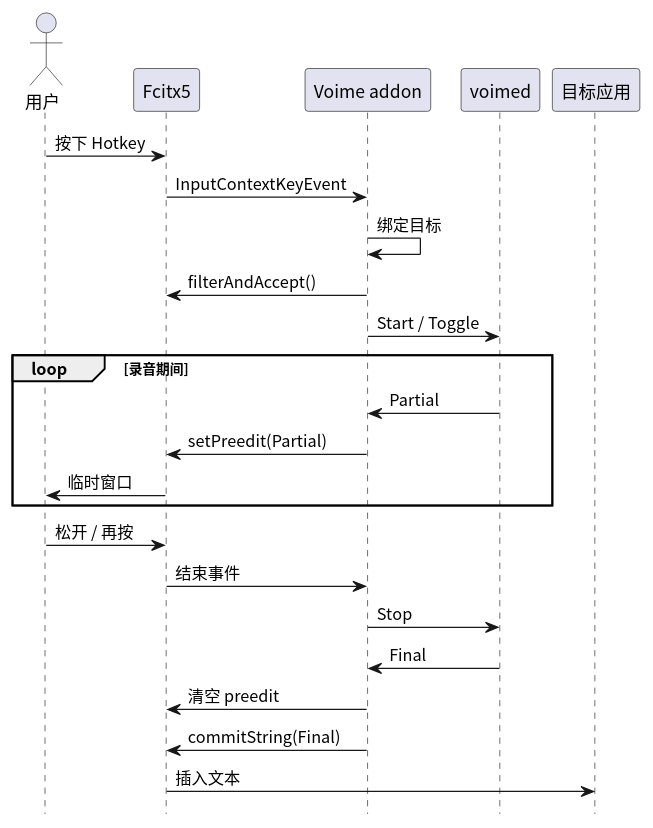
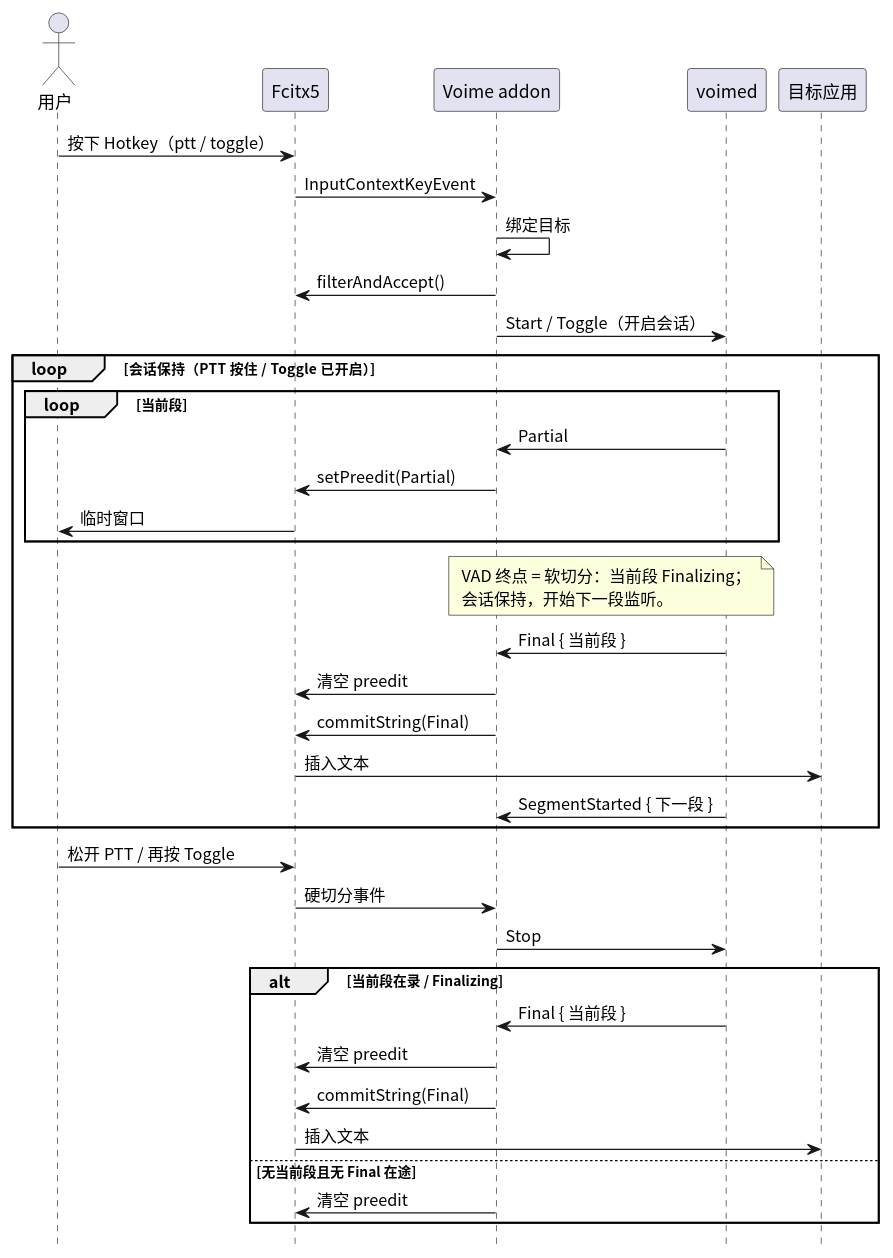
One commit to 54m43lJ/voime changed the diagram in frontends/fcitx/diagram/ptt-toggle.puml. Above: the diagram before and after it, drawn with PlantUML. The commit also changed 39 other files, not shown here.

```diff
--- a/frontends/fcitx/diagram/ptt-toggle.puml
+++ b/frontends/fcitx/diagram/ptt-toggle.puml
@@ -1,31 +1,49 @@
 @startuml
 skinparam defaultFontName "Noto Sans CJK SC"
 skinparam shadowing false
 hide footbox
 
 actor "用户" as User
 participant "Fcitx5" as Fcitx
 participant "Voime addon" as Addon
 participant "voimed" as Daemon
 participant "目标应用" as App
 
-User -> Fcitx : 按下 Hotkey
+User -> Fcitx : 按下 Hotkey（ptt / toggle）
 Fcitx -> Addon : InputContextKeyEvent
 Addon -> Addon : 绑定目标
 Addon -> Fcitx : filterAndAccept()
-Addon -> Daemon : Start / Toggle
+Addon -> Daemon : Start / Toggle（开启会话）
 
-loop 录音期间
-  Daemon -> Addon : Partial
-  Addon -> Fcitx : setPreedit(Partial)
-  Fcitx -> User : 临时窗口
+loop 会话保持（PTT 按住 / Toggle 已开启）
+  loop 当前段
+    Daemon -> Addon : Partial
+    Addon -> Fcitx : setPreedit(Partial)
+    Fcitx -> User : 临时窗口
+  end
+
+  note over Addon, Daemon
+    VAD 终点 = 软切分：当前段 Finalizing；
+    会话保持，开始下一段监听。
+  end note
+
+  Daemon -> Addon : Final { 当前段 }
+  Addon -> Fcitx : 清空 preedit
+  Addon -> Fcitx : commitString(Final)
+  Fcitx -> App : 插入文本
+  Daemon -> Addon : SegmentStarted { 下一段 }
 end
 
-User -> Fcitx : 松开 / 再按
-Fcitx -> Addon : 结束事件
+User -> Fcitx : 松开 PTT / 再按 Toggle
+Fcitx -> Addon : 硬切分事件
 Addon -> Daemon : Stop
-Daemon -> Addon : Final
-Addon -> Fcitx : 清空 preedit
-Addon -> Fcitx : commitString(Final)
-Fcitx -> App : 插入文本
+
+alt 当前段在录 / Finalizing
+  Daemon -> Addon : Final { 当前段 }
+  Addon -> Fcitx : 清空 preedit
+  Addon -> Fcitx : commitString(Final)
+  Fcitx -> App : 插入文本
+else 无当前段且无 Final 在途
+  Addon -> Fcitx : 清空 preedit
+end
 @enduml
```
